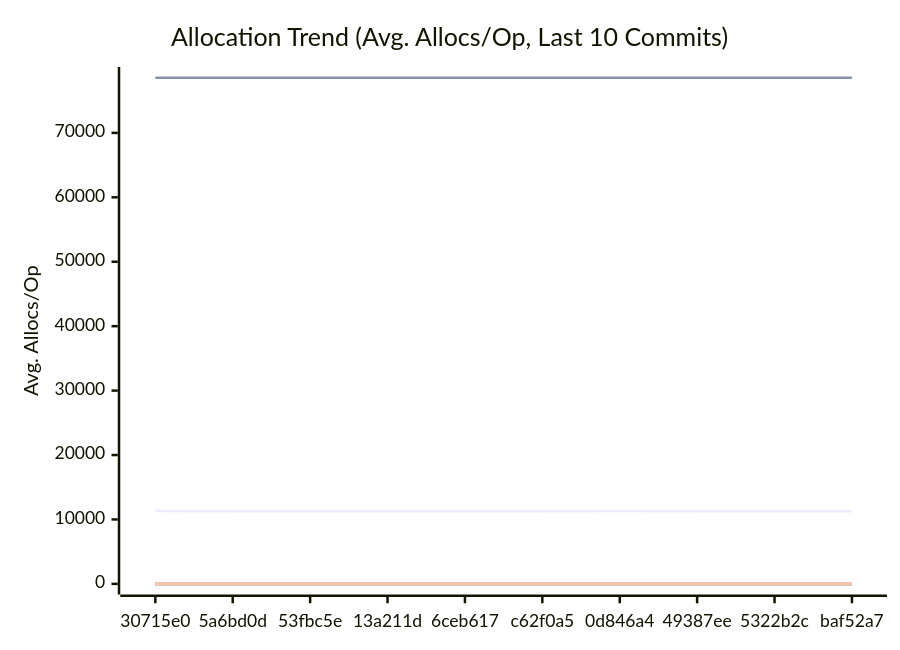
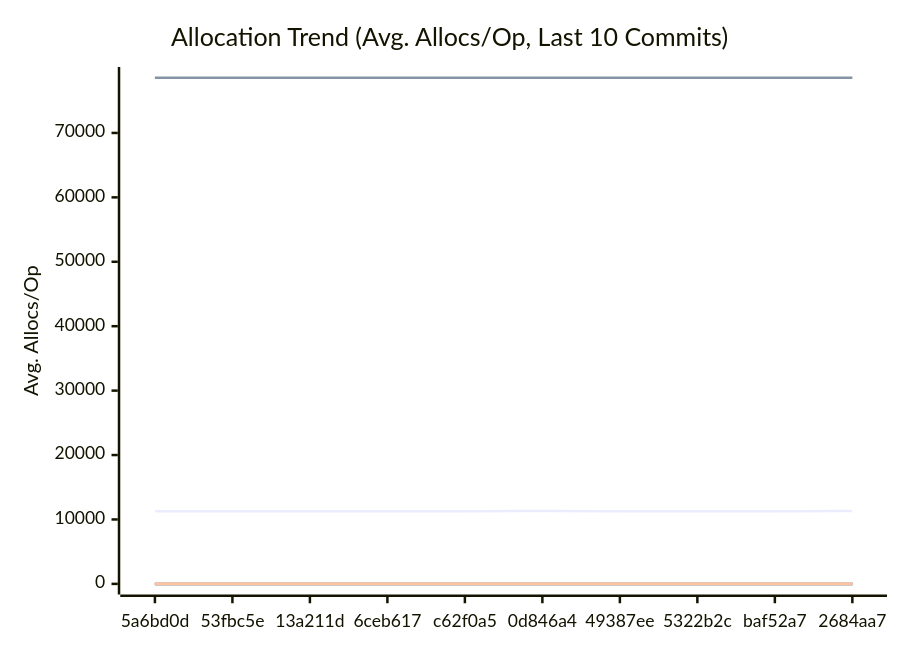
The third of 3 diagrams in docs/PERFORMANCE.md (alsotoes/momo), drawn with Mermaid before and after one commit. The commit also changed other lines of this file and 2 other files, not shown here.

````diff
--- a/docs/PERFORMANCE.md
+++ b/docs/PERFORMANCE.md
@@ -197,20 +197,20 @@
 ```mermaid
 xychart-beta
     title "Allocation Trend (Avg. Allocs/Op, Last 10 Commits)"
     x-axis "Commit"
     y-axis "Avg. Allocs/Op"
-    x-axis [30715e0,5a6bd0d,53fbc5e,13a211d,6ceb617,c62f0a5,0d846a4,49387ee,5322b2c,baf52a7]
-    line "AWSChunkedReaderSigned" [11293,11281,11276,11278,11291,11281,11297,11281,11264,11269]
-    line "AWSChunkedReaderUnsigned" [78569,78577,78568,78570,78564,78574,78571,78567,78568,78569]
+    x-axis [5a6bd0d,53fbc5e,13a211d,6ceb617,c62f0a5,0d846a4,49387ee,5322b2c,baf52a7,2684aa7]
+    line "AWSChunkedReaderSigned" [11281,11276,11278,11291,11281,11297,11281,11264,11269,11322]
+    line "AWSChunkedReaderUnsigned" [78577,78568,78570,78564,78574,78571,78567,78568,78569,78587]
     line "CheckMetricsAndSwap" [0,0,0,0,0,0,0,0,0,0]
     line "CrushOptimized" [0,0,0,0,0,0,0,0,0,0]
     line "CrushOriginal" [3,3,3,3,3,3,3,3,3,3]
     line "IndexDirectTracking" [0,0,0,0,0,0,0,0,0,0]
     line "IndexSearch" [0,0,0,0,0,0,0,0,0,0]
     line "LoadGlobalConfig" [54,54,54,54,54,54,54,54,54,54]
     line "PadString" [1,1,1,1,1,1,1,1,1,1]
     line "ParseReplicationOrder_NoPrealloc" [6,6,6,6,6,5,5,5,5,5]
     line "ParseReplicationOrder_Prealloc" [2,2,2,2,2,1,1,1,1,1]
     line "SanitizeLog/Safe" [0,0,0,0,0,0,0,0,0,0]
     line "SanitizeLog/Unsafe" [1,1,1,1,1,1,1,1,1,1]
 ```
````
